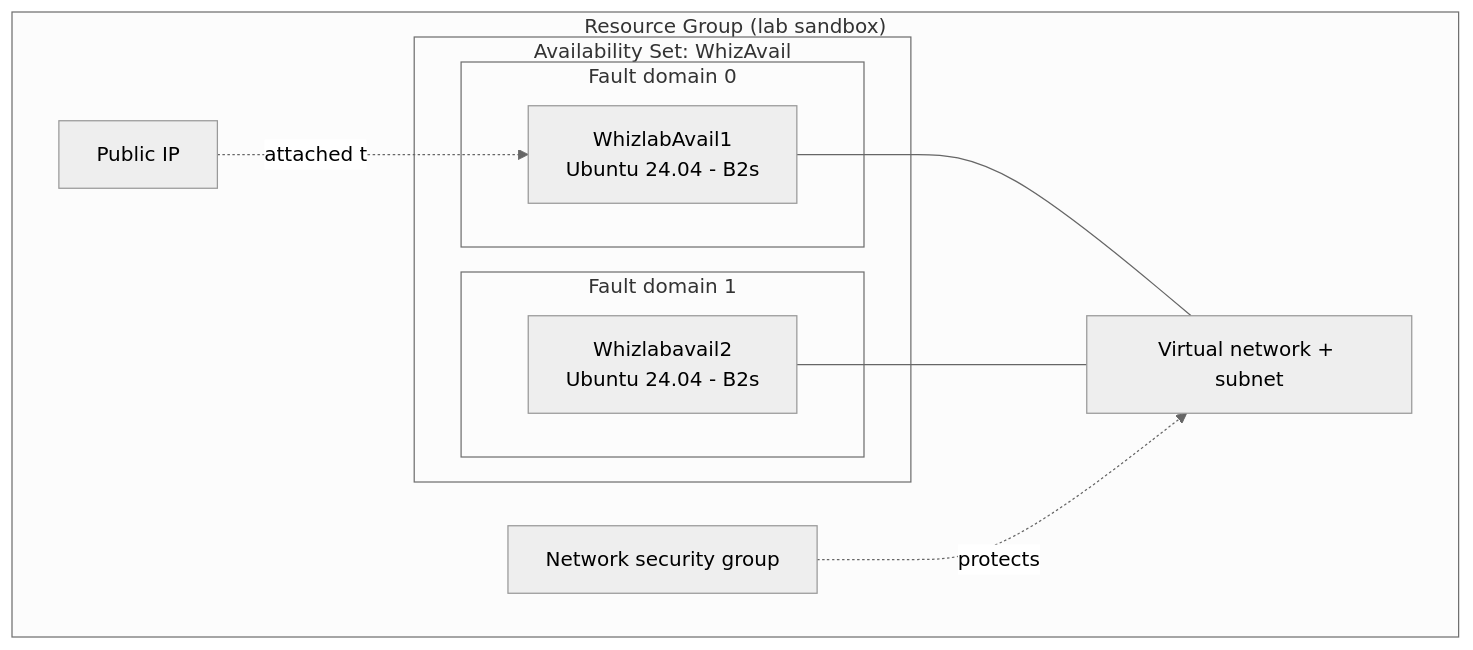
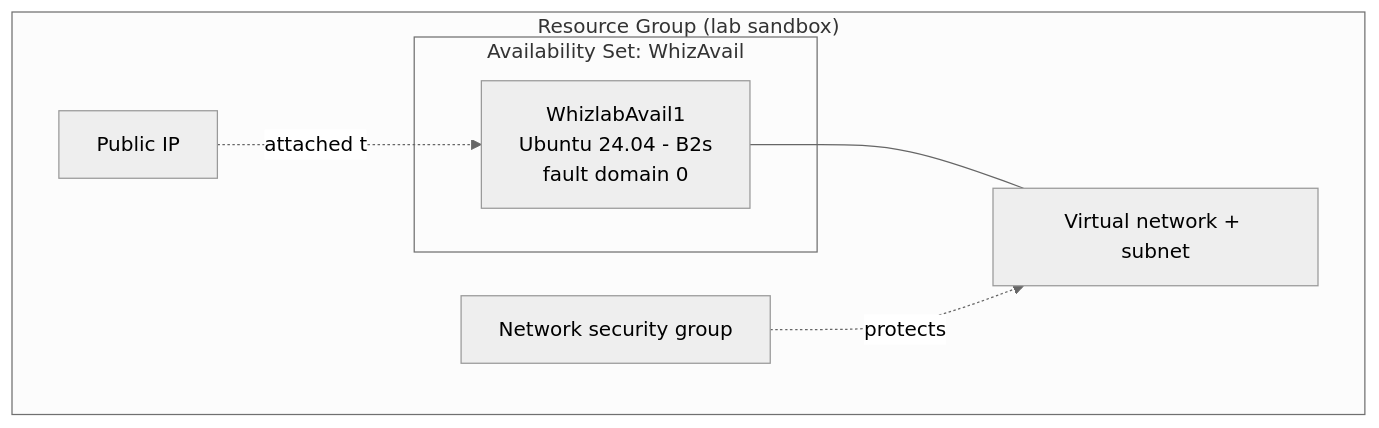
Before and after one commit to y-daoudi/azure-labs: the diagram in 05-create-availability-set/README.md, drawn with Mermaid (neutral theme). The commit also changed other lines of this file and 5 other files, not shown here.

````diff
--- a/05-create-availability-set/README.md
+++ b/05-create-availability-set/README.md
@@ -42,20 +37,14 @@
 ```mermaid
 flowchart TB
     subgraph RG["Resource Group (lab sandbox)"]
         subgraph AS["Availability Set: WhizAvail"]
-            subgraph FD0["Fault domain 0"]
-                VM1["WhizlabAvail1<br/>Ubuntu 24.04 - B2s"]
-            end
-            subgraph FD1["Fault domain 1"]
-                VM2["Whizlabavail2<br/>Ubuntu 24.04 - B2s"]
-            end
+            VM1["WhizlabAvail1<br/>Ubuntu 24.04 - B2s<br/>fault domain 0"]
         end
         VNET["Virtual network + subnet"]
         NSG["Network security group"]
         PIP["Public IP"]
     end
     VM1 --- VNET
-    VM2 --- VNET
     NSG -.protects.-> VNET
     PIP -.attached to.-> VM1
 ```
````
